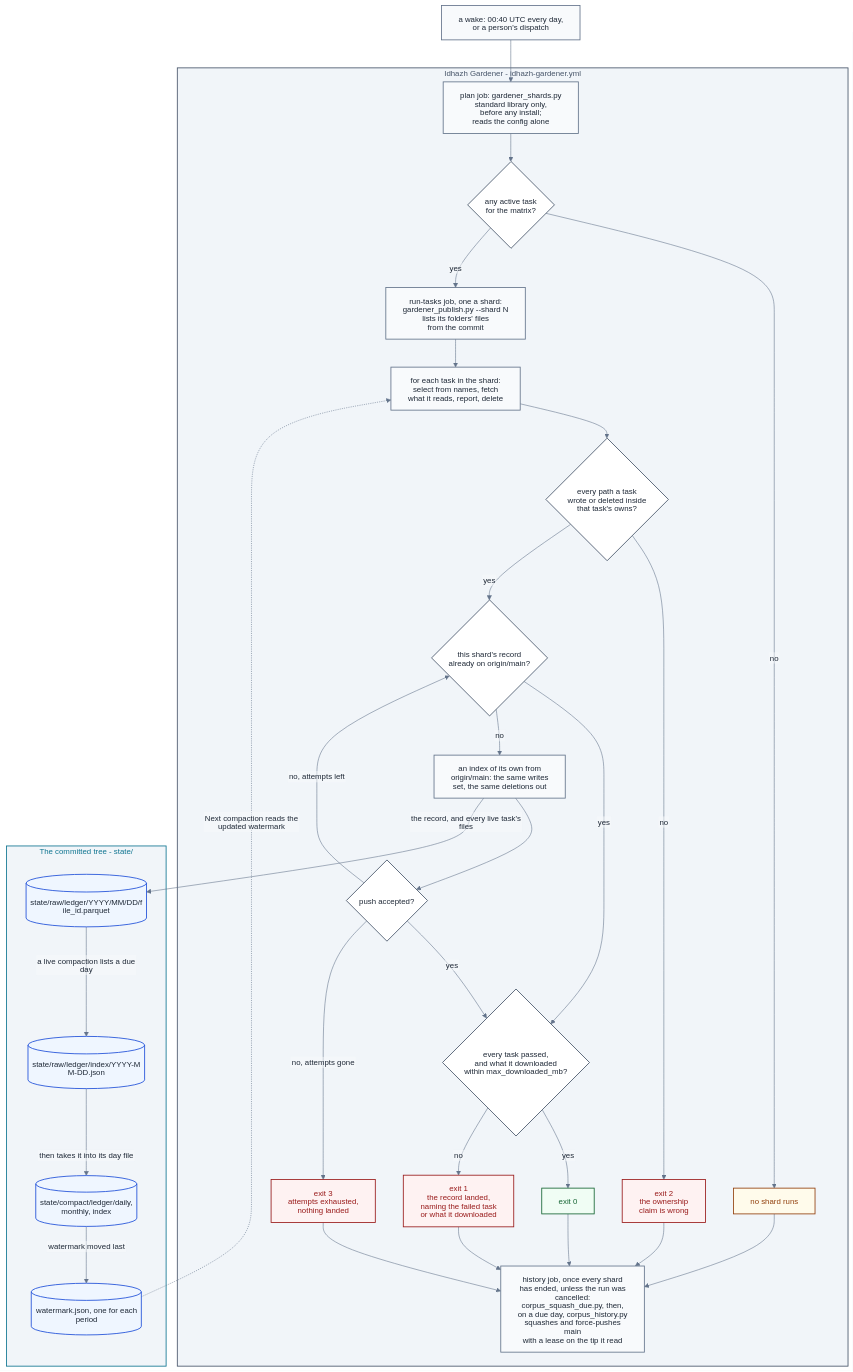
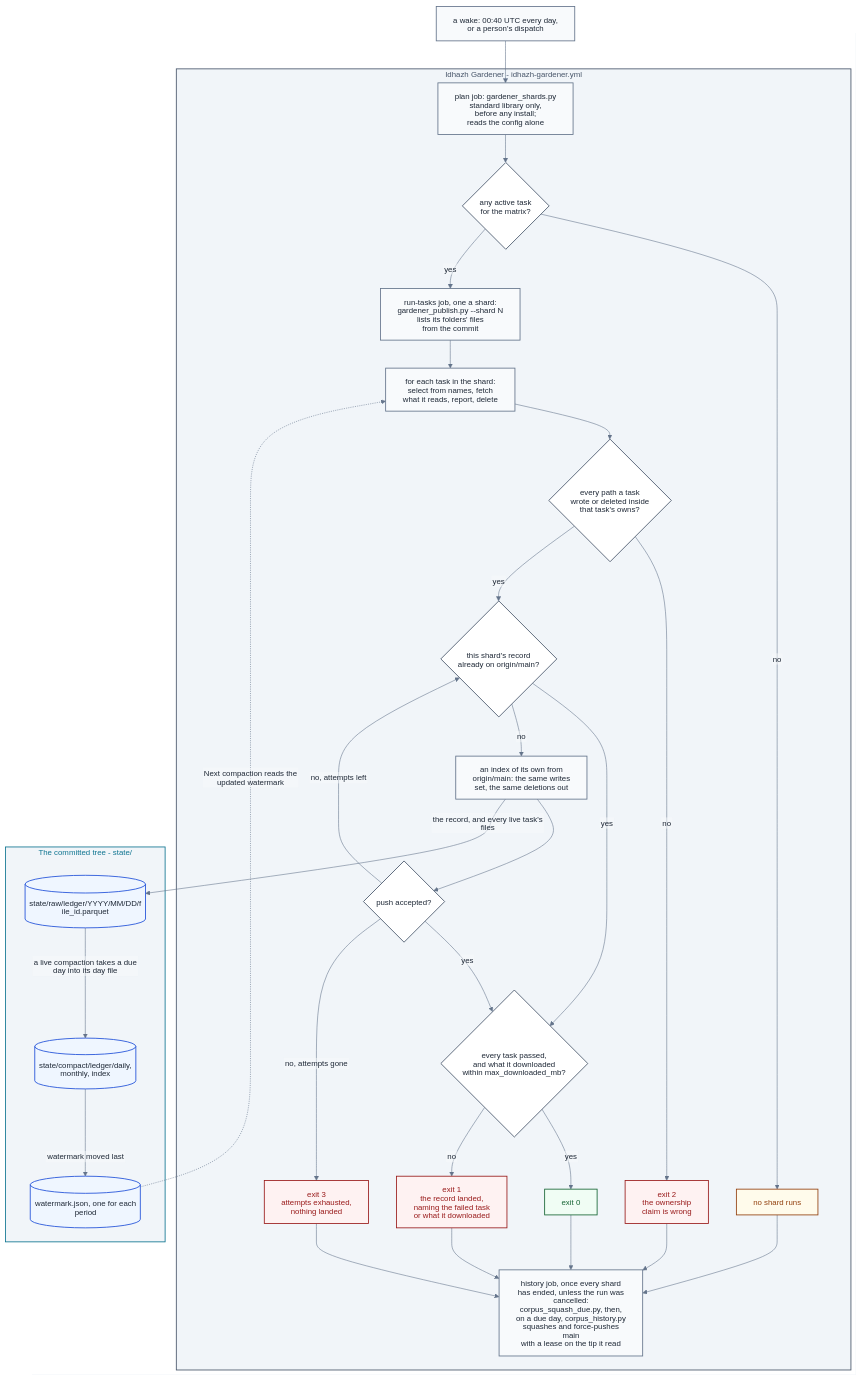
The diagram in docs/architecture/publishing/idhazh-gardener.md (miztiik/yen-idhazh), drawn with Mermaid before and after one commit. The commit also changed 355 other files, not shown here.

````diff
--- a/docs/architecture/publishing/idhazh-gardener.md
+++ b/docs/architecture/publishing/idhazh-gardener.md
@@ -113,75 +113,73 @@
 ```mermaid
 %%{init: {"theme": "base", "htmlLabels": false, "themeVariables": {"background": "#ffffff", "primaryColor": "#f8fafc", "primaryTextColor": "#1f2937", "primaryBorderColor": "#64748b", "lineColor": "#64748b", "textColor": "#1f2937", "clusterBkg": "#f1f5f9", "clusterBorder": "#64748b", "titleColor": "#1f2937", "edgeLabelBackground": "#f8fafc", "fontSize": "14px"}}}%%
 flowchart TB
   WAKE["a wake: 00:40 UTC every day,<br/>or a person's dispatch"]
 
   subgraph OPS["Idhazh Gardener - idhazh-gardener.yml"]
     PLAN["plan job: gardener_shards.py<br/>standard library only,<br/>before any install;<br/>reads the config alone"]
     ANY{"any active task<br/>for the matrix?"}
     IDLE["no shard runs"]
     TEND["run-tasks job, one a shard:<br/>gardener_publish.py --shard N<br/>lists its folders' files<br/>from the commit"]
     RUN["for each task in the shard:<br/>select from names, fetch<br/>what it reads, report, delete"]
     OWNED{"every path a task<br/>wrote or deleted inside<br/>that task's owns?"}
     OUTSIDE["exit 2<br/>the ownership<br/>claim is wrong"]
     LANDED{"this shard's record<br/>already on origin/main?"}
     REAPPLY["an index of its own from<br/>origin/main: the same writes<br/>set, the same deletions out"]
     PUSHED{"push accepted?"}
     CLEAN{"every task passed,<br/>and what it downloaded<br/>within max_downloaded_mb?"}
     OK["exit 0"]
     ALARM["exit 1<br/>the record landed,<br/>naming the failed task<br/>or what it downloaded"]
     LOST["exit 3<br/>attempts exhausted,<br/>nothing landed"]
     HIST["history job, once every shard<br/>has ended, unless the run was cancelled:<br/>corpus_squash_due.py, then,<br/>on a due day, corpus_history.py<br/>squashes and force-pushes main<br/>with a lease on the tip it read"]
   end
 
   subgraph TREE["The committed tree - state/"]
     RAW[("state/raw/ledger/YYYY/MM/DD/file_id.parquet")]
-    RIDX[("state/raw/ledger/index/YYYY-MM-DD.json")]
     COMPACT[("state/compact/ledger/daily, monthly, index")]
     WM[("watermark.json, one for each period")]
   end
 
   WAKE --> PLAN
   PLAN --> ANY
   ANY -->|"no"| IDLE
   ANY -->|"yes"| TEND
   TEND --> RUN
   RUN --> OWNED
   OWNED -->|"no"| OUTSIDE
   OWNED -->|"yes"| LANDED
   LANDED -->|"yes"| CLEAN
   LANDED -->|"no"| REAPPLY
   REAPPLY --> PUSHED
   PUSHED -->|"yes"| CLEAN
   PUSHED -->|"no, attempts left"| LANDED
   PUSHED -->|"no, attempts gone"| LOST
   CLEAN -->|"yes"| OK
   CLEAN -->|"no"| ALARM
   OK --> HIST
   ALARM --> HIST
   OUTSIDE --> HIST
   LOST --> HIST
   IDLE --> HIST
   REAPPLY -->|"the record, and every live task's files"| RAW
-  RAW -->|"a live compaction lists a due day"| RIDX
-  RIDX -->|"then takes it into its day file"| COMPACT
+  RAW -->|"a live compaction takes a due day into its day file"| COMPACT
   COMPACT -->|"watermark moved last"| WM
   WM -.->|"Next compaction reads the updated watermark"| RUN
 
   classDef stage fill:#f8fafc,stroke:#64748b,stroke-width:1.5px,color:#1f2937;
   classDef decision fill:#ffffff,stroke:#475569,stroke-width:1.5px,color:#1f2937;
   classDef yes fill:#f0fdf4,stroke:#166534,stroke-width:1.5px,color:#166534;
   classDef no fill:#fef2f2,stroke:#991b1b,stroke-width:1.5px,color:#991b1b;
   classDef warn fill:#fffbeb,stroke:#92400e,stroke-width:1.5px,color:#92400e;
   classDef ledger fill:#eff6ff,stroke:#1d4ed8,stroke-width:1.5px,color:#1f2937;
   classDef sysOps fill:#f1f5f9,stroke:#475569,stroke-width:1.5px,color:#475569;
   classDef sysPublish fill:#f1f5f9,stroke:#0e7490,stroke-width:1.5px,color:#0e7490;
 
   class WAKE,PLAN,TEND,RUN,REAPPLY,HIST stage;
   class ANY,OWNED,LANDED,PUSHED,CLEAN decision;
   class OK yes;
   class OUTSIDE,LOST,ALARM no;
   class IDLE warn;
-  class RAW,RIDX,COMPACT,WM ledger;
+  class RAW,COMPACT,WM ledger;
   class OPS sysOps;
   class TREE sysPublish;
 ```
````
